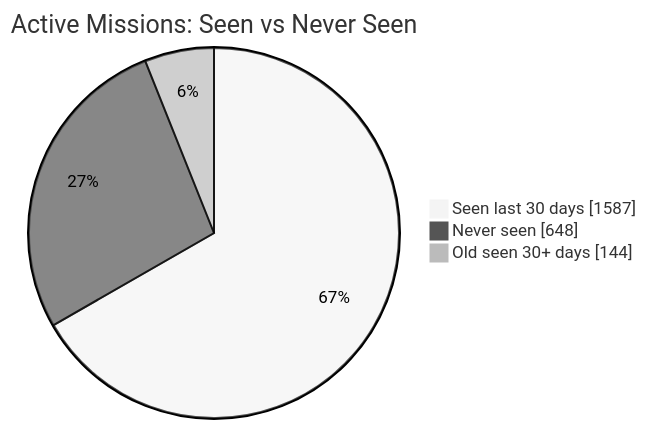
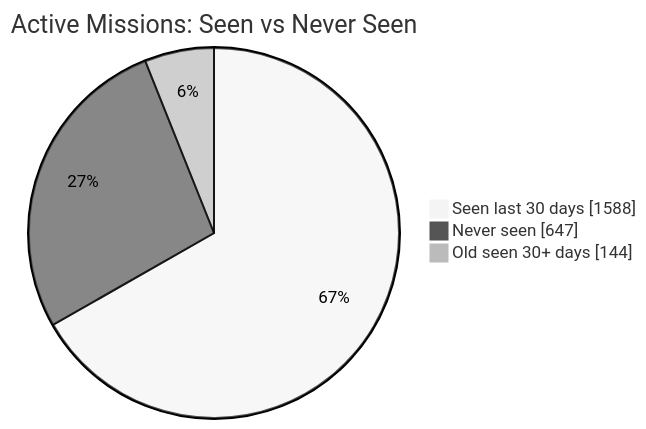
The first of 2 diagrams in README.md (MeldkamerspelGameTeam/active-missions), drawn with Mermaid (neutral theme) before and after one commit. The commit also changed other lines of this file and 2 other files, not shown here.

````diff
--- a/README.md
+++ b/README.md
@@ -34,7 +34,7 @@
 ```mermaid
 pie showData
     title Active Missions: Seen vs Never Seen
-    "Seen last 30 days" : 1587
-    "Never seen" : 648
+    "Seen last 30 days" : 1588
+    "Never seen" : 647
     "Old seen 30+ days" : 144
 ```
````
